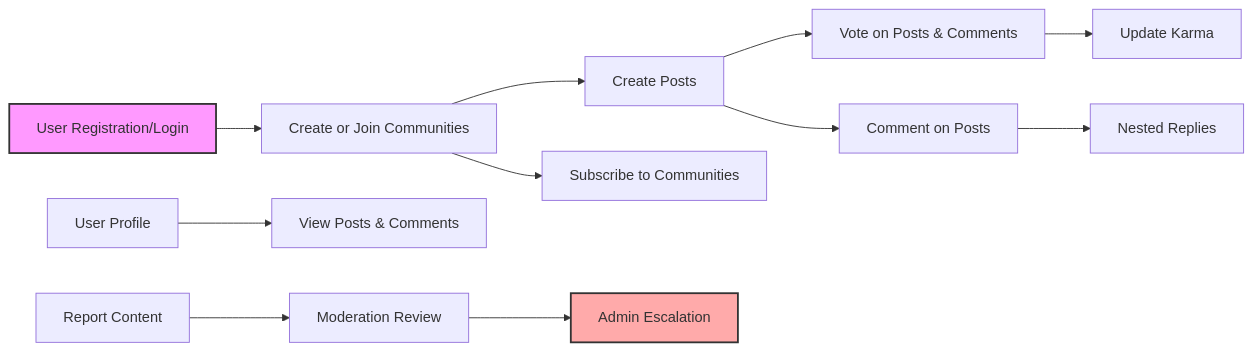
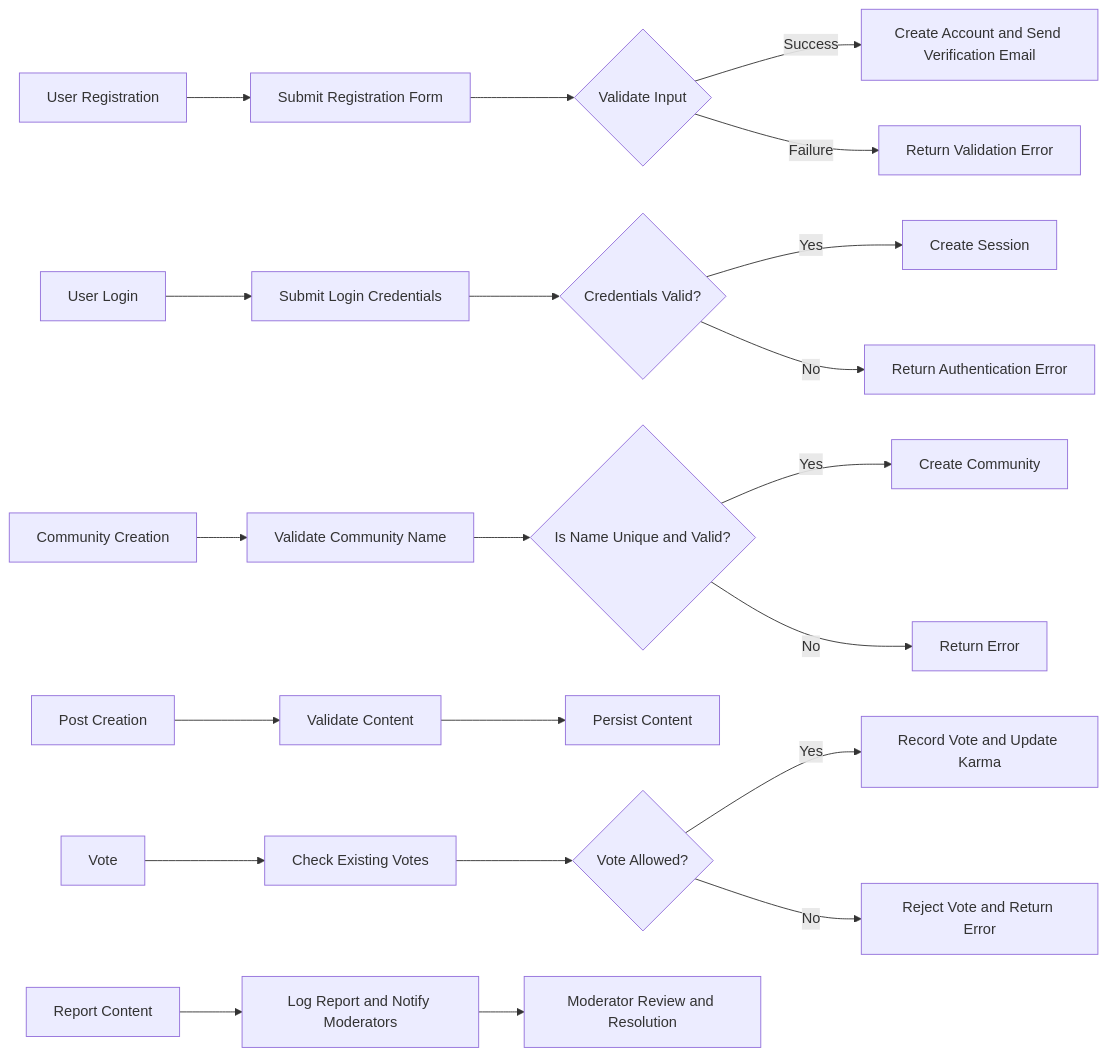
Before and after one commit to wrtnlabs/autobe-examples: the diagram in openai/gpt-4.1-mini/reddit/docs/analysis/07-performance.md, drawn with Mermaid. The commit also changed other lines of this file and 16146 other files, not shown here.

````diff
--- a/openai/gpt-4.1-mini/reddit/docs/analysis/07-performance.md
+++ b/openai/gpt-4.1-mini/reddit/docs/analysis/07-performance.md
@@ -128,16 +107,28 @@
 ```mermaid
 graph LR
-  A["User Registration/Login"] --> B["Create or Join Communities"]
-  B --> C["Create Posts"]
-  C --> D["Vote on Posts & Comments"]
-  C --> E["Comment on Posts"]
-  E --> F["Nested Replies"]
-  B --> G["Subscribe to Communities"]
-  H["User Profile"] --> I["View Posts & Comments"]
-  D --> J["Update Karma"]
-  K["Report Content"] --> L["Moderation Review"]
-  L --> M["Admin Escalation"]
+  A["User Registration"] --> B["Submit Registration Form"]
+  B --> C{"Validate Input"}
+  C -->|"Success"| D["Create Account and Send Verification Email"]
+  C -->|"Failure"| E["Return Validation Error"]
 
-  style A fill:#f9f,stroke:#333,stroke-width:2px
-  style M fill:#faa,stroke:#333,stroke-width:2px
+  F["User Login"] --> G["Submit Login Credentials"]
+  G --> H{"Credentials Valid?"}
+  H -->|"Yes"| I["Create Session"]
+  H -->|"No"| J["Return Authentication Error"]
+
+  K["Community Creation"] --> L["Validate Community Name"]
+  L --> M{"Is Name Unique and Valid?"}
+  M -->|"Yes"| N["Create Community"]
+  M -->|"No"| O["Return Error"]
+
+  P["Post Creation"] --> Q["Validate Content"]
+  Q --> R["Persist Content"]
+
+  S["Vote"] --> T["Check Existing Votes"]
+  T --> U{"Vote Allowed?"}
+  U -->|"Yes"| V["Record Vote and Update Karma"]
+  U -->|"No"| W["Reject Vote and Return Error"]
+
+  X["Report Content"] --> Y["Log Report and Notify Moderators"]
+  Y --> Z["Moderator Review and Resolution"]
 ```
````
